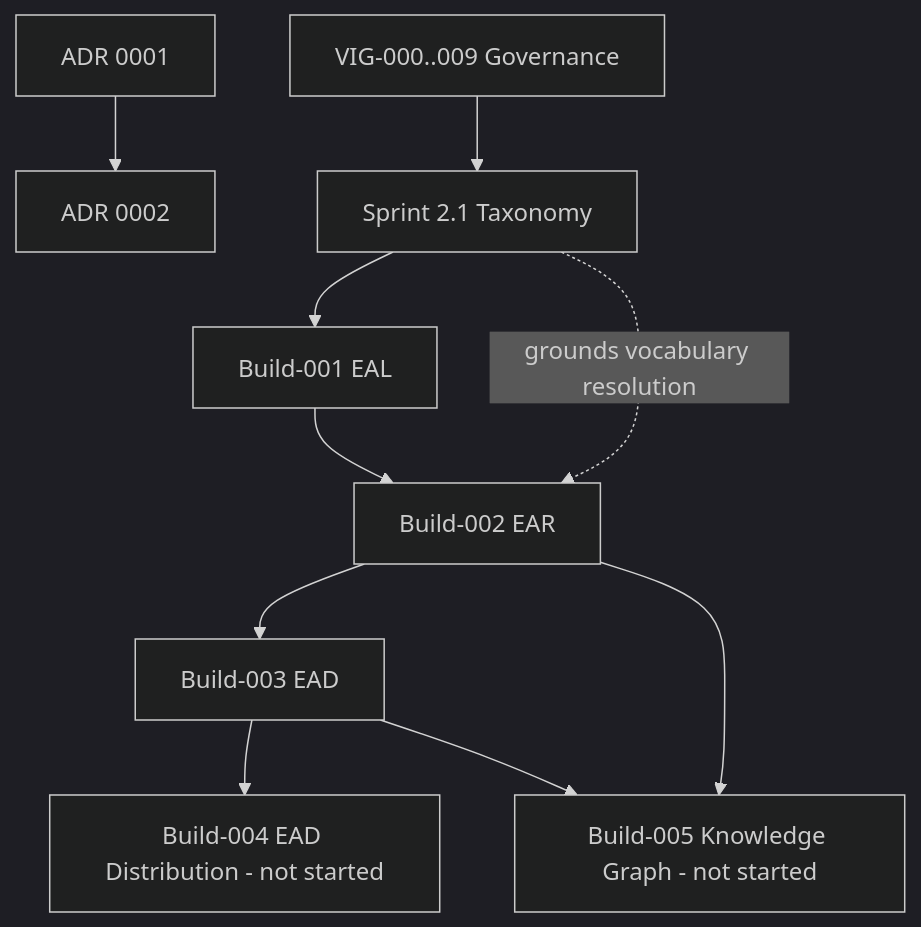
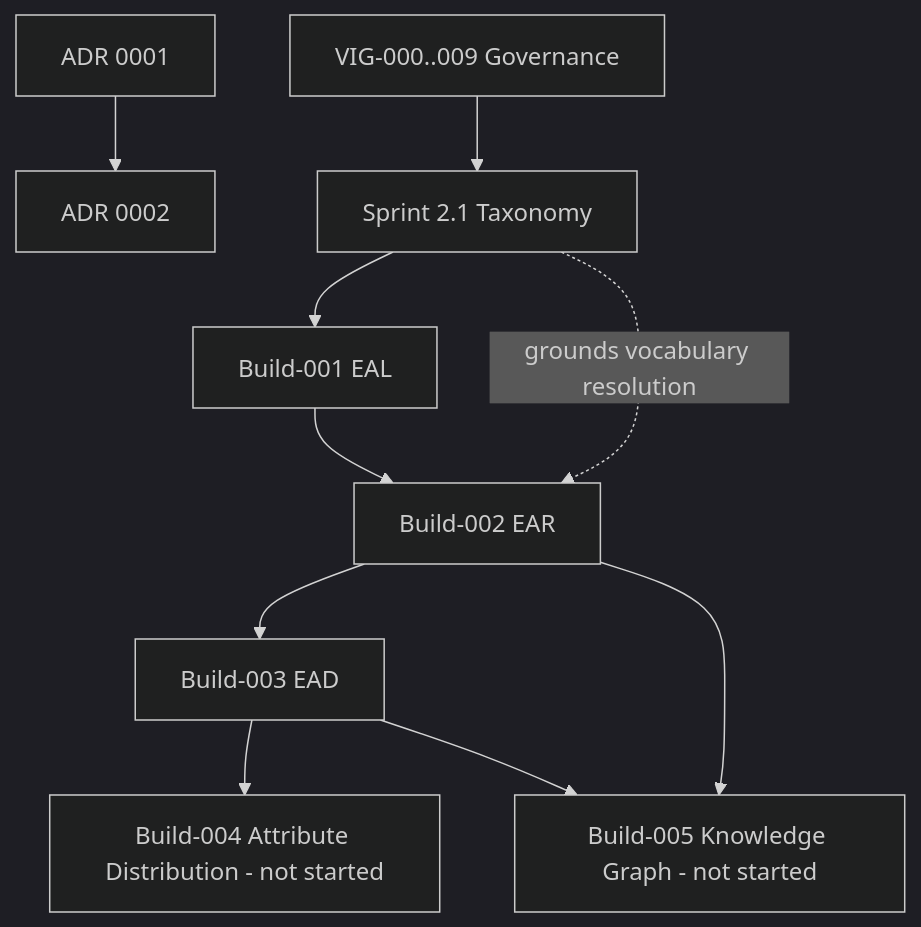
The second of 2 diagrams in docs/00_Foundation/FOUNDATION_v1.md (lexvoraconsulting-lab/The-Baking-Kaur), drawn with Mermaid (dark theme) before and after one commit. The commit also changed other lines of this file and 6 other files, not shown here.

Commit message:
docs(convention): ADR-0006 Workstream ID convention, fix Build-004 EAD-label collision

````diff
--- a/docs/00_Foundation/FOUNDATION_v1.md
+++ b/docs/00_Foundation/FOUNDATION_v1.md
@@ -201,12 +201,12 @@
 ```mermaid
 graph TD
     ADR0001[ADR 0001] --> ADR0002[ADR 0002]
     VIG[VIG-000..009 Governance] --> Sprint21[Sprint 2.1 Taxonomy]
     Sprint21 --> Build001[Build-001 EAL]
     Build001 --> Build002[Build-002 EAR]
     Build002 --> Build003[Build-003 EAD]
     Sprint21 -.grounds vocabulary resolution.-> Build002
-    Build003 --> Build004[Build-004 EAD Distribution - not started]
+    Build003 --> Build004[Build-004 Attribute Distribution - not started]
     Build002 --> Build005[Build-005 Knowledge Graph - not started]
     Build003 --> Build005
 ```
````
